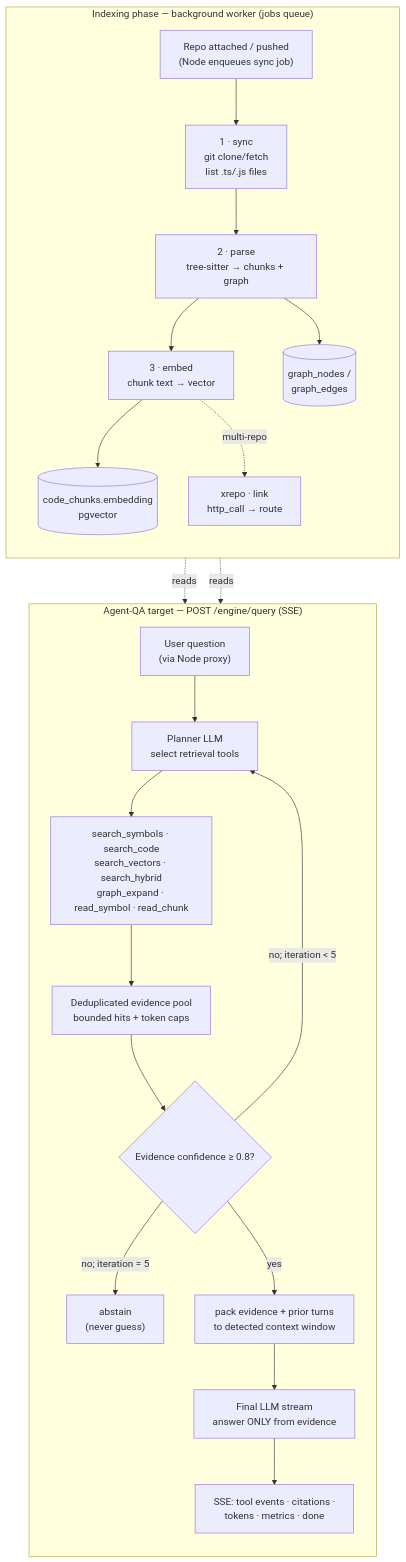
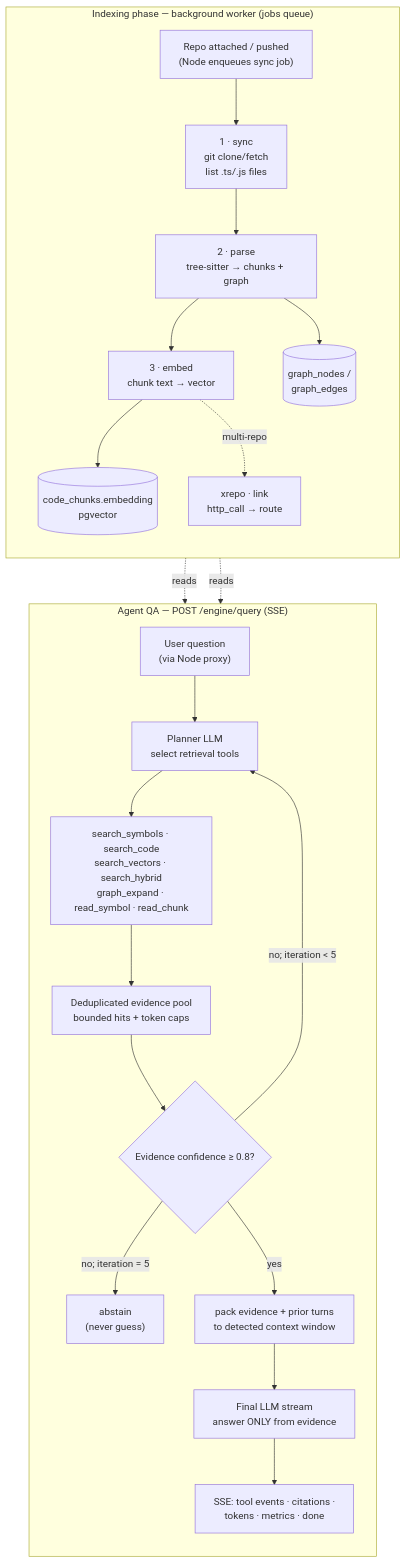
The diagram in apps/engine/README.md (ashokduraik/CodeSage), drawn with Mermaid before and after one commit. The commit also changed other lines of this file and 26 other files, not shown here.

````diff
--- a/apps/engine/README.md
+++ b/apps/engine/README.md
@@ -22,28 +23,28 @@
 ```mermaid
 flowchart TB
   subgraph INDEX["Indexing phase — background worker (jobs queue)"]
     direction TB
     A["Repo attached / pushed<br/>(Node enqueues sync job)"] --> S["1 · sync<br/>git clone/fetch<br/>list .ts/.js files"]
     S --> P["2 · parse<br/>tree-sitter → chunks + graph"]
     P --> E["3 · embed<br/>chunk text → vector"]
     P --> G[("graph_nodes /<br/>graph_edges")]
     E --> V[("code_chunks.embedding<br/>pgvector")]
     E -. "multi-repo" .-> X["xrepo · link<br/>http_call → route"]
   end
 
-  subgraph QUERY["Agent-QA target — POST /engine/query (SSE)"]
+  subgraph QUERY["Agent QA — POST /engine/query (SSE)"]
     direction TB
     Q["User question<br/>(via Node proxy)"] --> PLAN["Planner LLM<br/>select retrieval tools"]
     PLAN --> TOOLS["search_symbols · search_code<br/>search_vectors · search_hybrid<br/>graph_expand · read_symbol · read_chunk"]
     TOOLS --> POOL["Deduplicated evidence pool<br/>bounded hits + token caps"]
     POOL --> GATE{"Evidence confidence ≥ 0.8?"}
     GATE -- "no; iteration < 5" --> PLAN
     GATE -- "no; iteration = 5" --> AB["abstain<br/>(never guess)"]
     GATE -- "yes" --> PACK["pack evidence + prior turns<br/>to detected context window"]
     PACK --> LLM["Final LLM stream<br/>answer ONLY from evidence"]
     LLM --> SSE["SSE: tool events · citations ·<br/>tokens · metrics · done"]
   end
 
   V -. "reads" .-> TOOLS
   G -. "reads" .-> TOOLS
 ```
````
